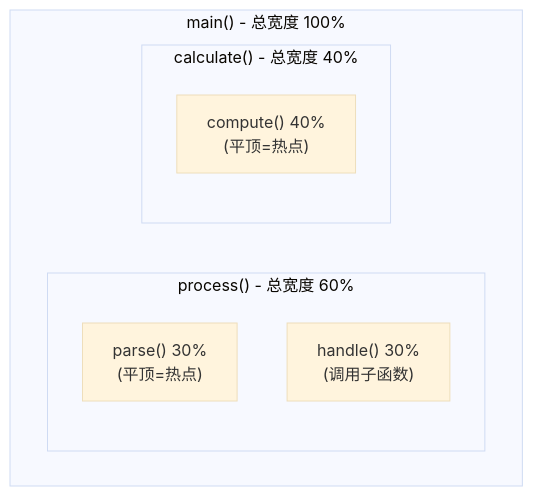
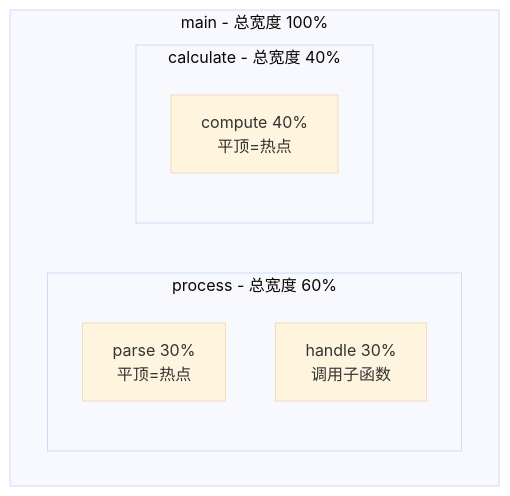
Diagram 12 of 16 in content/articles/linux/linux-37-perf性能分析工具深度解析.md (jpixy/jpixy.github.io), drawn with Mermaid (base theme) before and after one commit. The commit also changed other lines of this file and 66 other files, not shown here.

Commit message:
fix: resolve Mermaid syntax errors by removing parentheses in node labels

````diff
--- a/content/articles/linux/linux-37-perf性能分析工具深度解析.md
+++ b/content/articles/linux/linux-37-perf性能分析工具深度解析.md
@@ -781,12 +781,12 @@
 ```mermaid
 graph TB
-    subgraph main["main() - 总宽度 100%"]
-        subgraph process["process() - 总宽度 60%"]
-            parse["parse() 30%<br>(平顶=热点)"]
-            handle["handle() 30%<br>(调用子函数)"]
+    subgraph main["main - 总宽度 100%"]
+        subgraph process["process - 总宽度 60%"]
+            parse["parse 30%<br>平顶=热点"]
+            handle["handle 30%<br>调用子函数"]
         end
-        subgraph calculate["calculate() - 总宽度 40%"]
-            compute["compute() 40%<br>(平顶=热点)"]
+        subgraph calculate["calculate - 总宽度 40%"]
+            compute["compute 40%<br>平顶=热点"]
         end
     end
 ```
````
